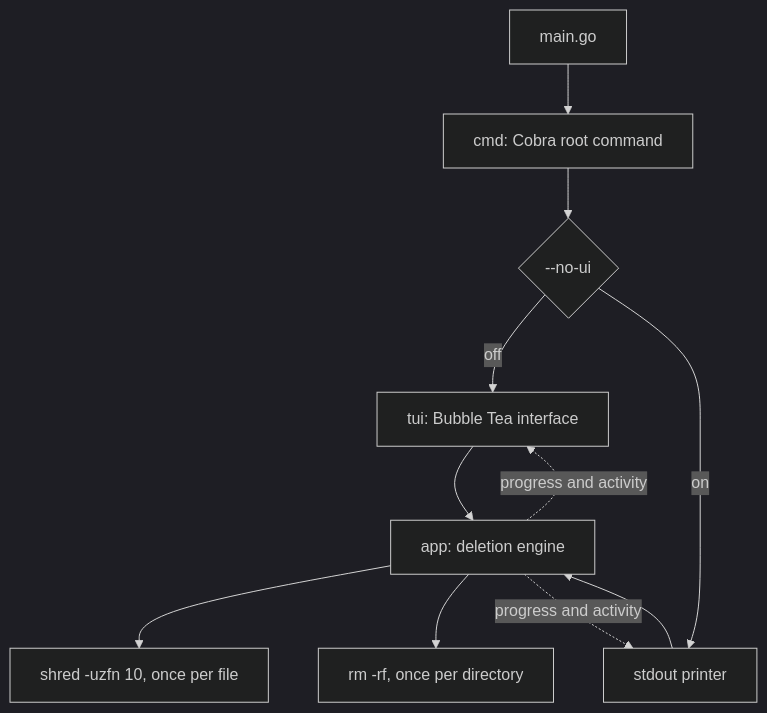
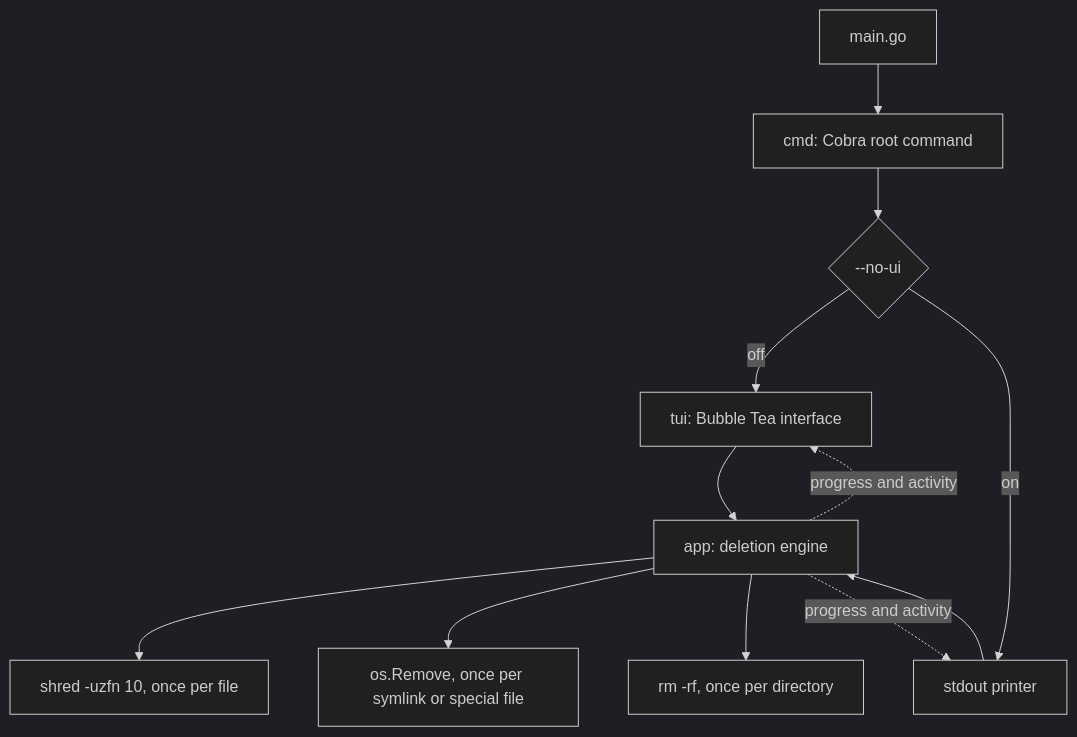
Before and after one commit to GF6599/blank: the diagram in README.md, drawn with Mermaid (dark theme). The commit also changed other lines of this file, not shown here.

Commit message:
📝 docs: Record how a symlink and a special file are destroyed

````diff
--- a/README.md
+++ b/README.md
@@ -15,13 +16,14 @@
 ```mermaid
 graph TD
     A[main.go] --> B[cmd: Cobra root command]
     B --> C{--no-ui}
     C -->|off| D[tui: Bubble Tea interface]
     C -->|on| E[stdout printer]
     D --> F[app: deletion engine]
     E --> F
     F --> G["shred -uzfn 10, once per file"]
+    F --> I["os.Remove, once per symlink or special file"]
     F --> H["rm -rf, once per directory"]
     F -. progress and activity .-> D
     F -. progress and activity .-> E
 ```
````
